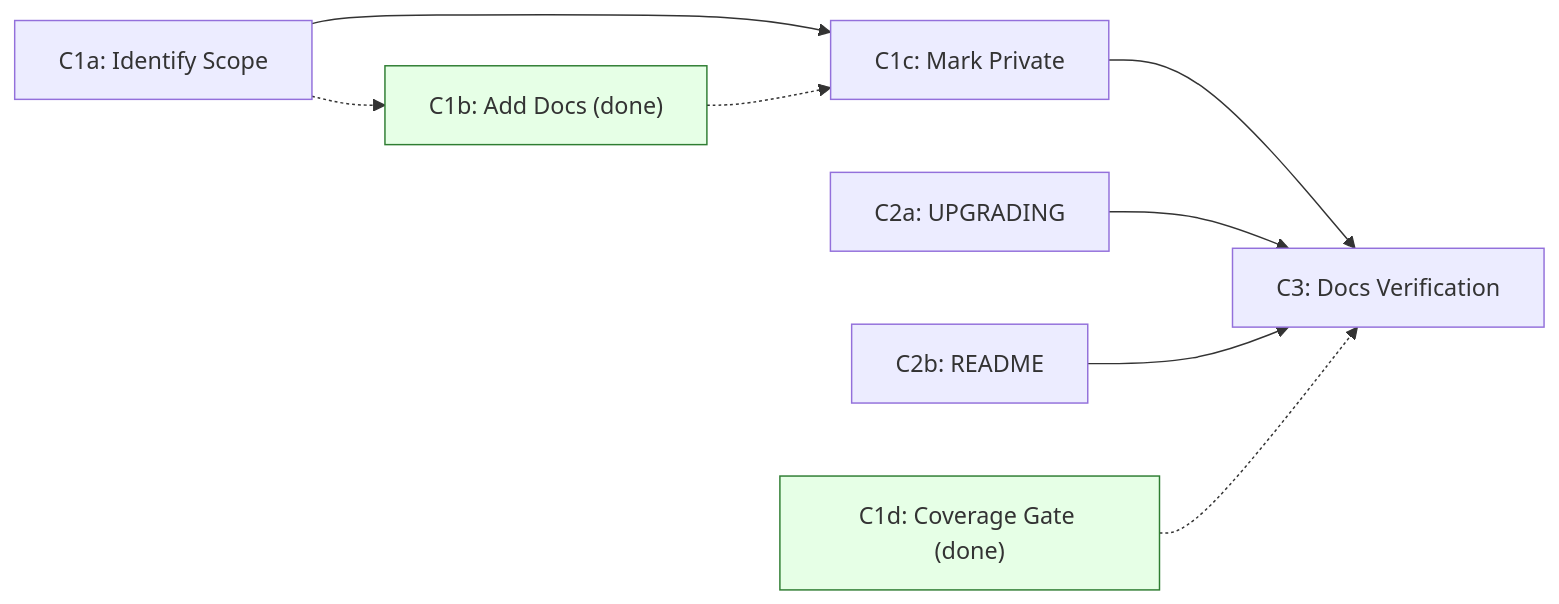
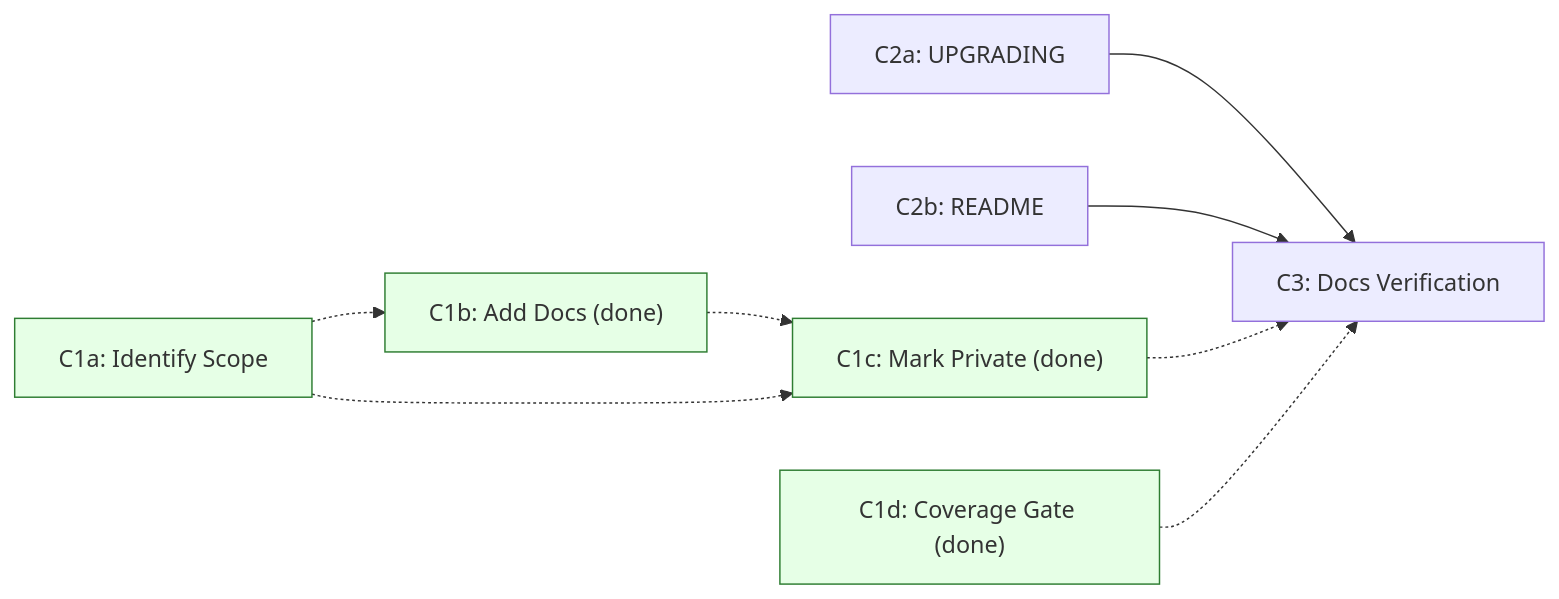
One commit to ruby-git/ruby-git changed the diagram in redesign/Phase 4 - Step C.md. Above: the diagram before and after it, drawn with Mermaid. The commit also changed other lines of this file and 1 other file, not shown here.

First line of the commit message:
docs: mark Phase 4 Step C C1c complete in redesign tracker

````diff
--- a/redesign/Phase 4 - Step C.md
+++ b/redesign/Phase 4 - Step C.md
@@ -163,24 +161,24 @@
 ```mermaid
 graph LR
     C1a["C1a: Identify Scope"]
     C1b["C1b: Add Docs (done)"]
-    C1c["C1c: Mark Private"]
+    C1c["C1c: Mark Private (done)"]
     C1d["C1d: Coverage Gate (done)"]
     C2a["C2a: UPGRADING"]
     C2b["C2b: README"]
     C3["C3: Docs Verification"]
 
-    %% Remaining (active) gating dependencies:
-    C1a --> C1c
-    C1c --> C3
+    %% All C1 steps are complete; C2a/C2b gate C3:
     C2a --> C3
     C2b --> C3
 
-    %% Already-satisfied historical dependencies (C1b, C1d complete):
+    %% Already-satisfied historical dependencies:
     C1a -.-> C1b
     C1b -.-> C1c
+    C1a -.-> C1c
+    C1c -.-> C3
     C1d -.-> C3
 
     classDef done fill:#e6ffe6,stroke:#2e7d32;
-    class C1b,C1d done;
+    class C1a,C1b,C1c,C1d done;
 ```
````
